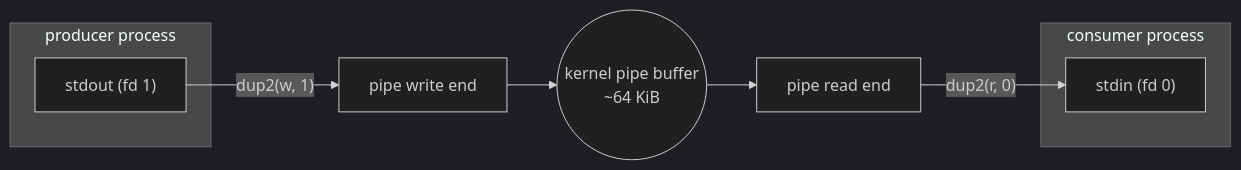
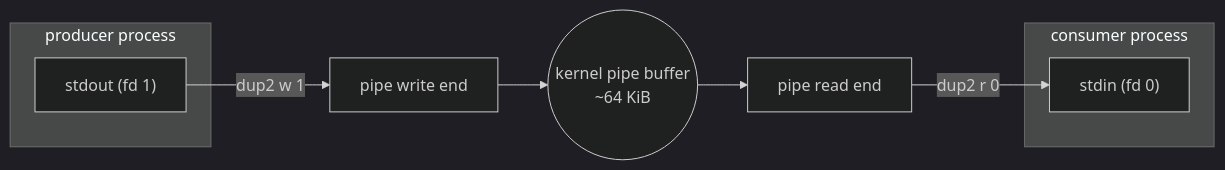
Before and after one commit to bumbsclaw/textbooks: the fourth of 8 diagrams in vol-02-operating-systems-linux/ch08-ipc.md, drawn with Mermaid (dark theme). The commit also changed other lines of this file and 173 other files, not shown here.

First line of the commit message:
fix(mermaid): close note brackets, semicolons in Notes, stateDiagram br -> dash, edge parens

````diff
--- a/vol-02-operating-systems-linux/ch08-ipc.md
+++ b/vol-02-operating-systems-linux/ch08-ipc.md
@@ -464,13 +464,13 @@
 ```mermaid
 flowchart LR
     subgraph Prod["producer process"]
       PSTD["stdout (fd 1)"]
     end
     subgraph Cons["consumer process"]
       CSTD["stdin (fd 0)"]
     end
-    PSTD -->|"dup2(w, 1)"| W["pipe write end"]
+    PSTD -->|"dup2 w 1 "| W["pipe write end"]
     W --> KP(("kernel pipe buffer<br/>~64 KiB"))
     KP --> R["pipe read end"]
-    R -->|"dup2(r, 0)"| CSTD
+    R -->|"dup2 r 0 "| CSTD
 ```
````
